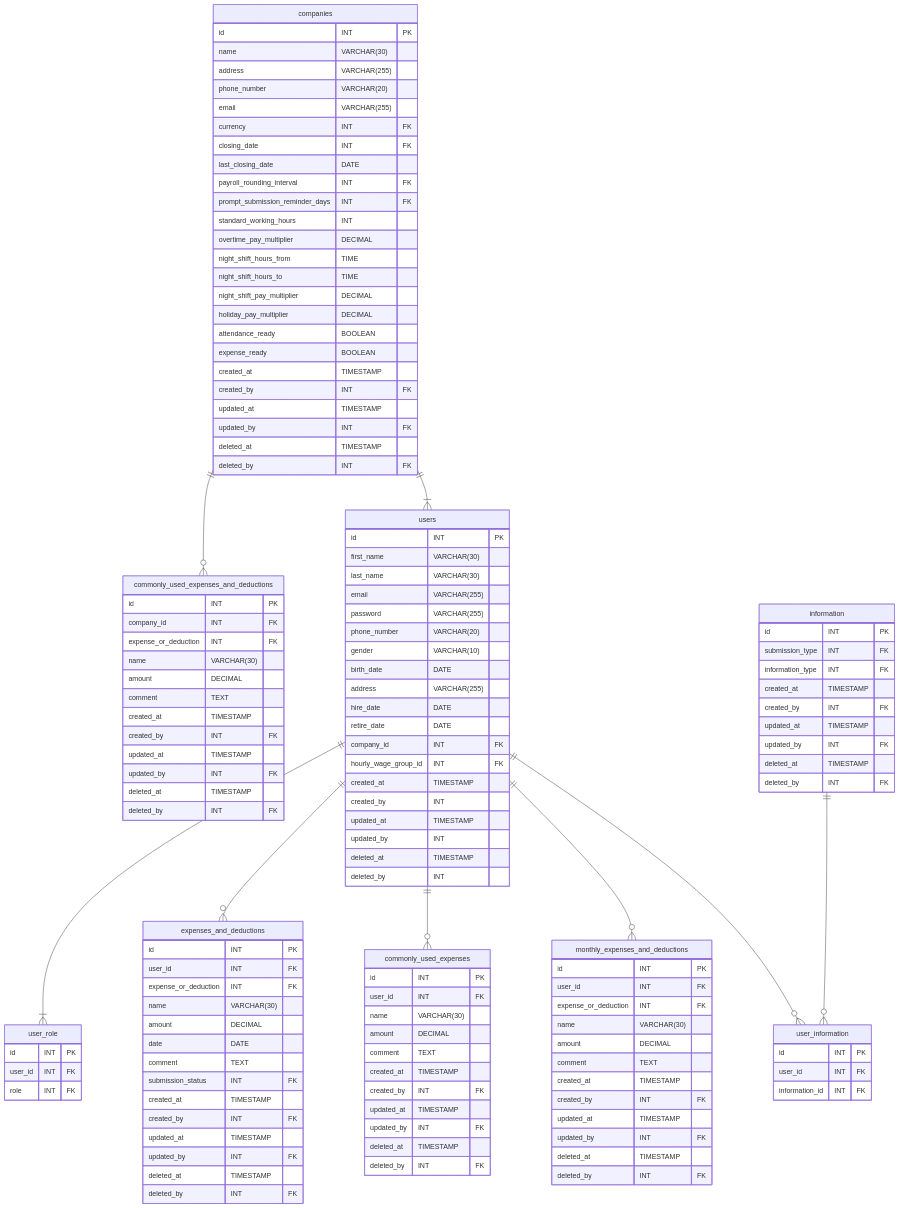
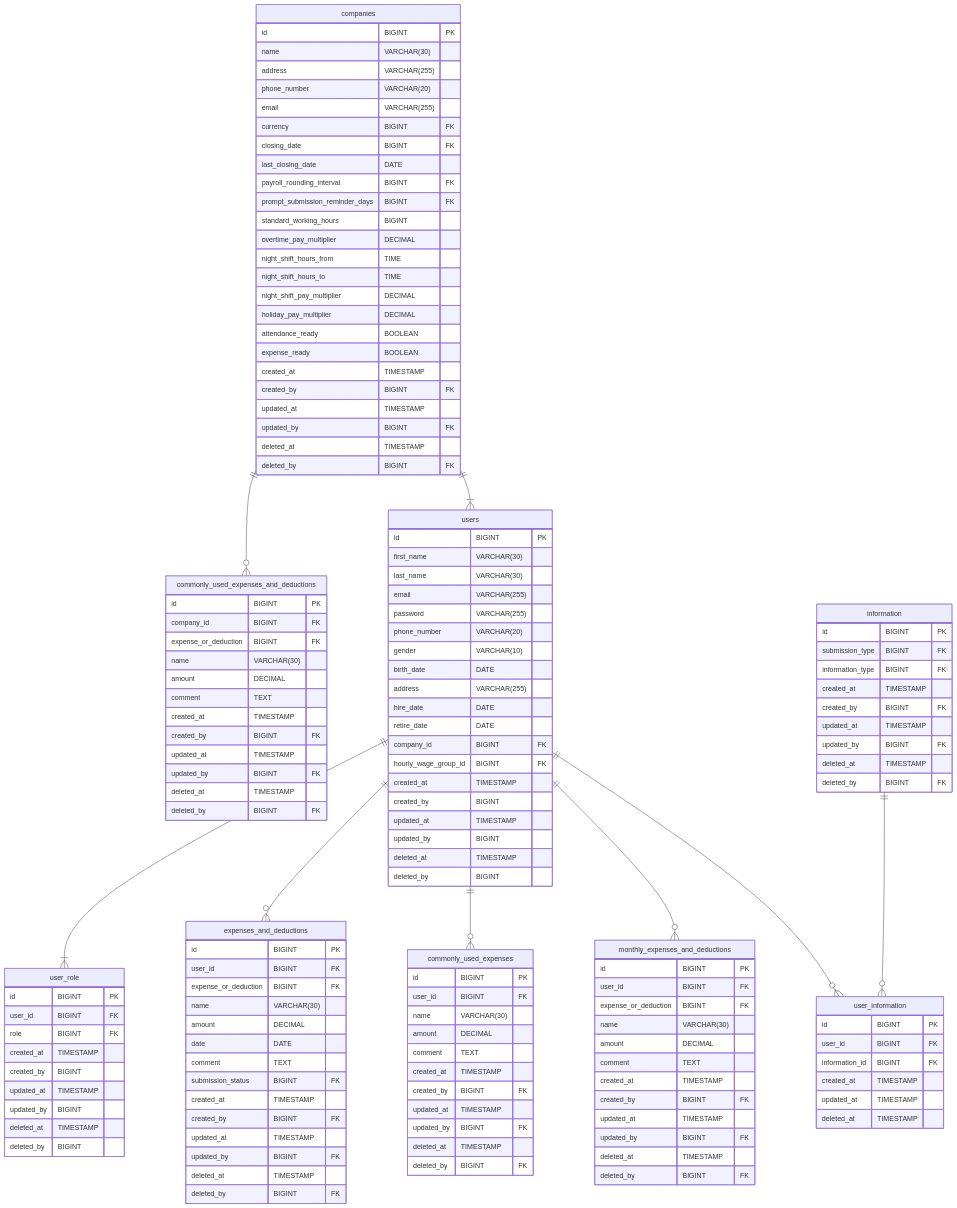
One commit to reo00ngee/attendance changed the second of 5 diagrams in Documents/Database Design/Entity-RelationshipDiagrams.md. Above: the diagram before and after it, drawn with Mermaid. The commit also changed other lines of this file and 89 other files, not shown here.

````diff
--- a/Documents/Database Design/Entity-RelationshipDiagrams.md
+++ b/Documents/Database Design/Entity-RelationshipDiagrams.md
@@ -115,7 +124,7 @@
   information ||--o{ user_information: ""
 
   users{
-    id INT PK
+    id BIGINT PK
     first_name VARCHAR(30) 
     last_name VARCHAR(30) 
     email VARCHAR(255) 
@@ -126,34 +135,40 @@
     address VARCHAR(255)
     hire_date DATE
     retire_date DATE
-    company_id INT FK
-    hourly_wage_group_id INT FK
+    company_id BIGINT FK
+    hourly_wage_group_id BIGINT FK
     created_at TIMESTAMP
-    created_by INT
+    created_by BIGINT
     updated_at TIMESTAMP
-    updated_by INT
+    updated_by BIGINT
     deleted_at TIMESTAMP
-    deleted_by INT 
+    deleted_by BIGINT 
   }
 
   user_role{
-    id INT PK
-    user_id INT FK
-    role INT FK
+    id BIGINT PK
+    user_id BIGINT FK
+    role BIGINT FK
+    created_at TIMESTAMP
+    created_by BIGINT
+    updated_at TIMESTAMP
+    updated_by BIGINT
+    deleted_at TIMESTAMP
+    deleted_by BIGINT 
   }
 
   companies{
-    id INT PK
+    id BIGINT PK
     name VARCHAR(30)
     address VARCHAR(255)
     phone_number VARCHAR(20)
     email VARCHAR(255)
-    currency INT FK
-    closing_date INT FK
+    currency BIGINT FK
+    closing_date BIGINT FK
     last_closing_date DATE
-    payroll_rounding_interval INT FK
-    prompt_submission_reminder_days INT FK
-    standard_working_hours INT
+    payroll_rounding_interval BIGINT FK
+    prompt_submission_reminder_days BIGINT FK
+    standard_working_hours BIGINT
     overtime_pay_multiplier DECIMAL
     night_shift_hours_from TIME
     night_shift_hours_to TIME
@@ -162,90 +177,93 @@
     attendance_ready BOOLEAN
     expense_ready BOOLEAN
     created_at TIMESTAMP
-    created_by INT FK
+    created_by BIGINT FK
     updated_at TIMESTAMP
-    updated_by INT FK
+    updated_by BIGINT FK
     deleted_at TIMESTAMP
-    deleted_by INT FK
+    deleted_by BIGINT FK
   }
 
   expenses_and_deductions{
-    id INT PK
-    user_id INT FK
-    expense_or_deduction INT FK
+    id BIGINT PK
+    user_id BIGINT FK
+    expense_or_deduction BIGINT FK
     name VARCHAR(30)
     amount DECIMAL
     date DATE
     comment TEXT
-    submission_status INT FK
+    submission_status BIGINT FK
     created_at TIMESTAMP
-    created_by INT FK
+    created_by BIGINT FK
     updated_at TIMESTAMP
-    updated_by INT FK
+    updated_by BIGINT FK
     deleted_at TIMESTAMP
-    deleted_by INT FK
+    deleted_by BIGINT FK
   }
 
   commonly_used_expenses_and_deductions{
-    id INT PK
-    company_id INT FK
-    expense_or_deduction INT FK
+    id BIGINT PK
+    company_id BIGINT FK
+    expense_or_deduction BIGINT FK
     name VARCHAR(30)
     amount DECIMAL
     comment TEXT
     created_at TIMESTAMP
-    created_by INT FK
+    created_by BIGINT FK
     updated_at TIMESTAMP
-    updated_by INT FK
+    updated_by BIGINT FK
     deleted_at TIMESTAMP
-    deleted_by INT FK
+    deleted_by BIGINT FK
   }
 
   commonly_used_expenses{
-    id INT PK
-    user_id INT FK
+    id BIGINT PK
+    user_id BIGINT FK
     name VARCHAR(30)
     amount DECIMAL
     comment TEXT
     created_at TIMESTAMP
-    created_by INT FK
+    created_by BIGINT FK
     updated_at TIMESTAMP
-    updated_by INT FK
+    updated_by BIGINT FK
     deleted_at TIMESTAMP
-    deleted_by INT FK
+    deleted_by BIGINT FK
   }
 
   monthly_expenses_and_deductions{
-    id INT PK
-    user_id INT FK
-    expense_or_deduction INT FK
+    id BIGINT PK
+    user_id BIGINT FK
+    expense_or_deduction BIGINT FK
     name VARCHAR(30)
     amount DECIMAL
     comment TEXT
     created_at TIMESTAMP
-    created_by INT FK
+    created_by BIGINT FK
     updated_at TIMESTAMP
-    updated_by INT FK
+    updated_by BIGINT FK
     deleted_at TIMESTAMP
-    deleted_by INT FK
+    deleted_by BIGINT FK
   }
 
   information{
-    id INT PK
-    submission_type INT FK
-    information_type INT FK
+    id BIGINT PK
+    submission_type BIGINT FK
+    information_type BIGINT FK
     created_at TIMESTAMP
-    created_by INT FK
+    created_by BIGINT FK
     updated_at TIMESTAMP
-    updated_by INT FK
+    updated_by BIGINT FK
     deleted_at TIMESTAMP
-    deleted_by INT FK
+    deleted_by BIGINT FK
   }
 
   user_information{
-    id INT PK
-    user_id INT FK
-    information_id INT FK
+    id BIGINT PK
+    user_id BIGINT FK
+    information_id BIGINT FK
+    created_at TIMESTAMP
+    updated_at TIMESTAMP
+    deleted_at TIMESTAMP
   }
 
 ```
````
